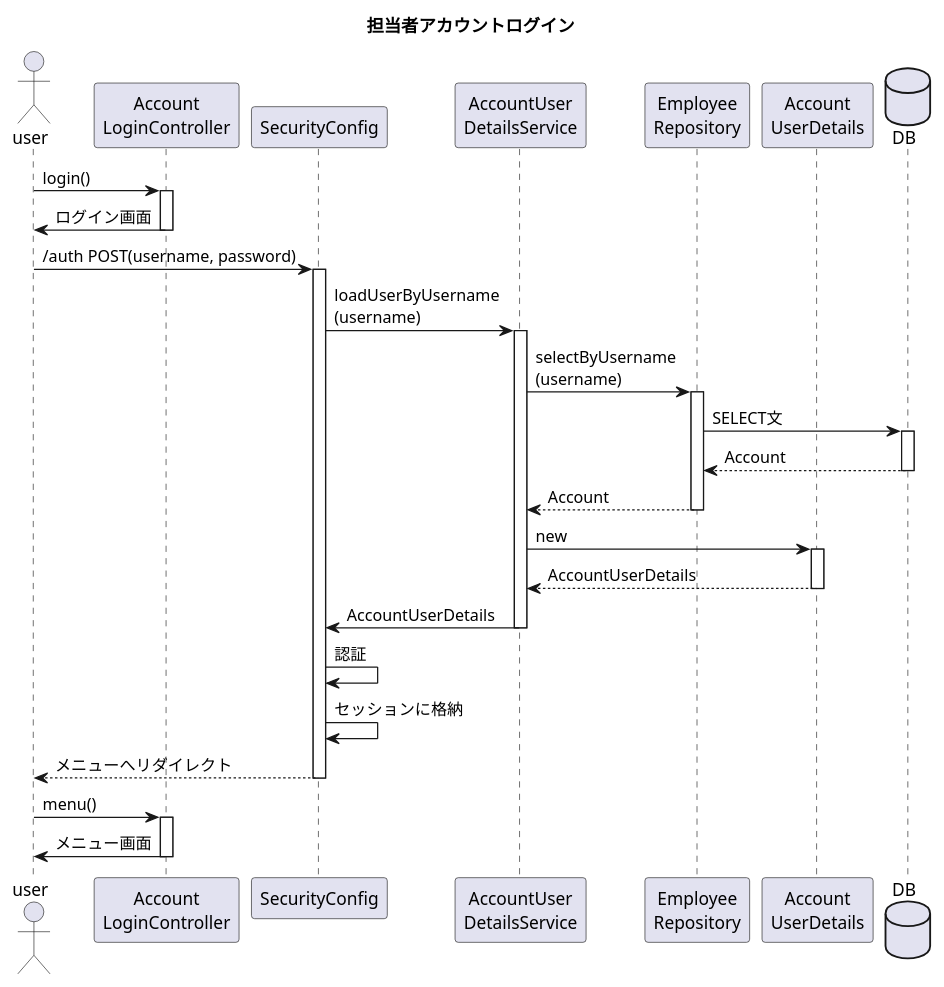
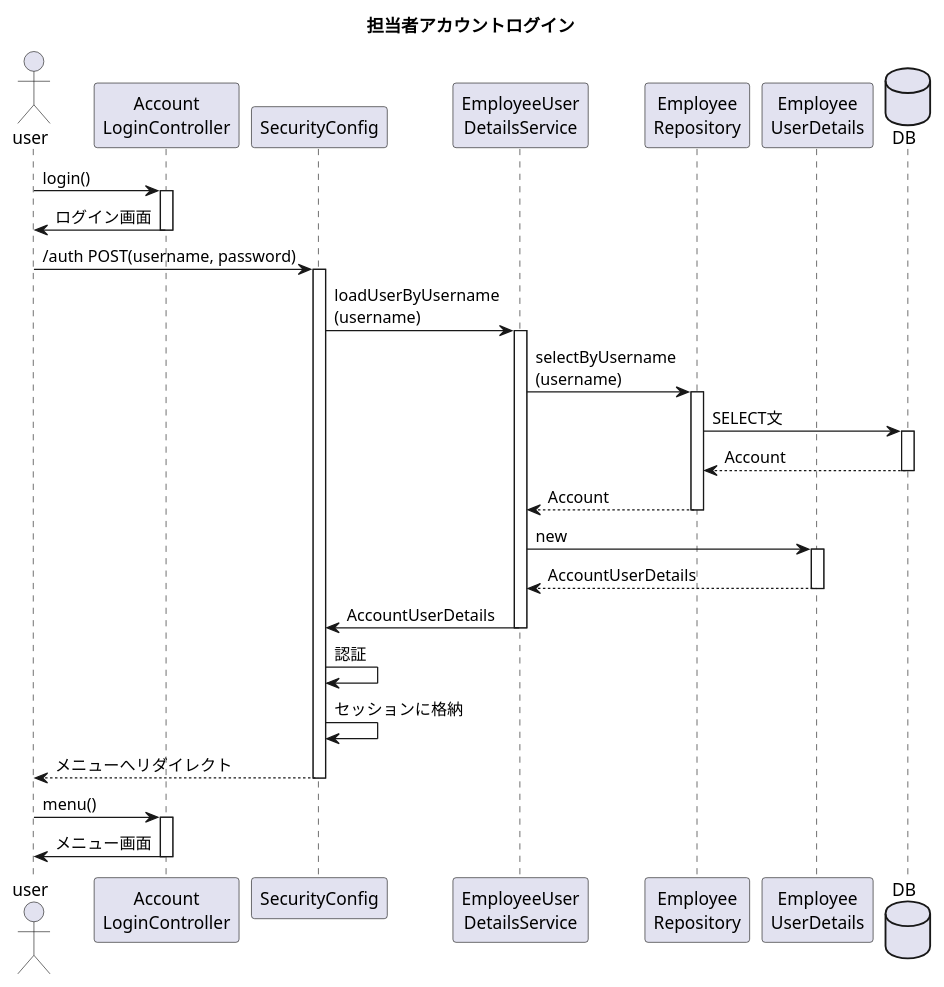
The diagram in plan/uml/sequence/uc017.plantuml (kanavii3333/ec-b), drawn with PlantUML before and after one commit. The commit also changed 1 other file, not shown here.

Commit message:
クラス図の修正

```diff
--- a/plan/uml/sequence/uc017.plantuml
+++ b/plan/uml/sequence/uc017.plantuml
@@ -1,28 +1,28 @@
 @startuml
 title 担当者アカウントログイン
 actor user
 participant "Account\nLoginController" as controller
 participant "SecurityConfig" as security
-participant "AccountUser\nDetailsService" as service
+participant "EmployeeUser\nDetailsService" as service
 participant "Employee\nRepository" as repository
-participant "Account\nUserDetails" as details
+participant "Employee\nUserDetails" as details
 database DB as db
 
 user -> controller++:login()
 controller -> user--:ログイン画面
 user -> security++:/auth POST(username, password)
 security -> service++:loadUserByUsername\n(username)
 service -> repository++:selectByUsername\n(username)
 repository -> db++:SELECT文
 db --> repository--:Account
 repository --> service--:Account
 service -> details++:new
 details --> service--:AccountUserDetails
 service -> security--:AccountUserDetails
 security -> security:認証
 security -> security:セッションに格納
 security --> user--:メニューへリダイレクト
 user -> controller++:menu()
 controller -> user--:メニュー画面
 
 @enduml
```
